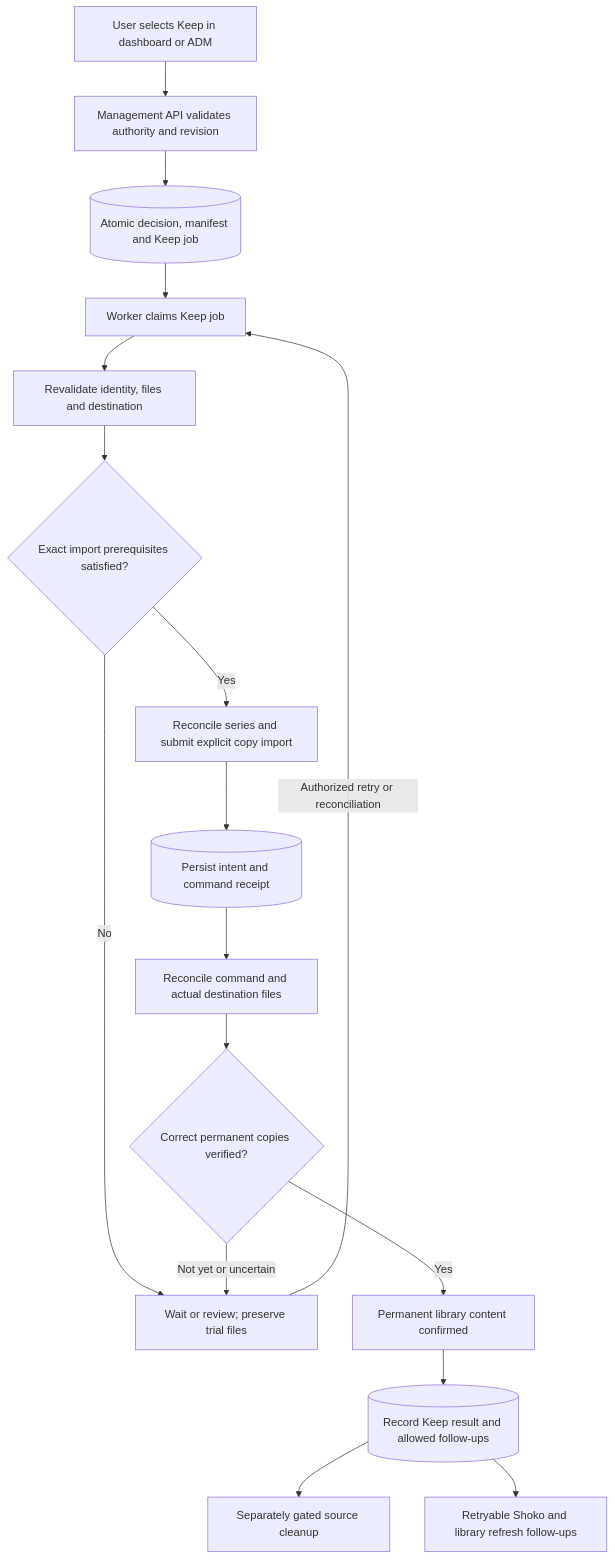
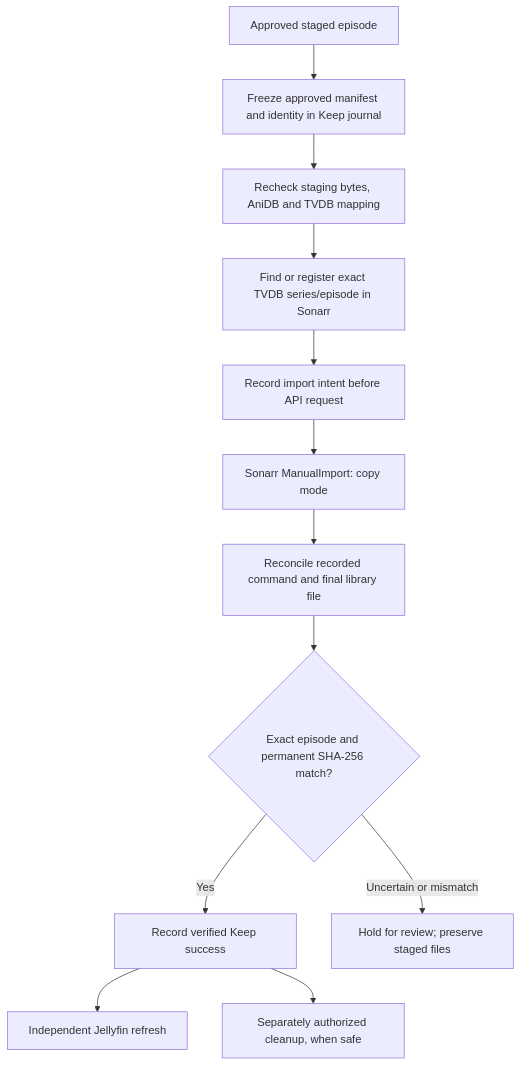
The diagram in src/nextgen/architecture/KEEP_TO_LIBRARY.md (bugz8unny69/anime-discovery), drawn with Mermaid before and after one commit. The commit also changed other lines of this file and 12 other files, not shown here.

````diff
--- a/src/nextgen/architecture/KEEP_TO_LIBRARY.md
+++ b/src/nextgen/architecture/KEEP_TO_LIBRARY.md
@@ -16,19 +9,14 @@
 ```mermaid
 flowchart TD
-    Click["User selects Keep in dashboard or ADM"] --> API["Management API validates authority and revision"]
-    API --> Decision[("Atomic decision, manifest and Keep job")]
-    Decision --> Worker["Worker claims Keep job"]
-    Worker --> Plan["Revalidate identity, files and destination"]
-    Plan --> Gate{"Exact import prerequisites satisfied?"}
-    Gate -->|"No"| Review["Wait or review; preserve trial files"]
-    Gate -->|"Yes"| Sonarr["Reconcile series and submit explicit copy import"]
-    Sonarr --> Receipt[("Persist intent and command receipt")]
-    Receipt --> Verify["Reconcile command and actual destination files"]
-    Verify --> Proven{"Correct permanent copies verified?"}
-    Proven -->|"Not yet or uncertain"| Review
-    Proven -->|"Yes"| Library["Permanent library content confirmed"]
-    Library --> Finalize[("Record Keep result and allowed follow-ups")]
-    Finalize --> Cleanup["Separately gated source cleanup"]
-    Finalize --> Integrations["Retryable Shoko and library refresh follow-ups"]
-    Review -->|"Authorized retry or reconciliation"| Worker
+  A["Approved staged episode"] --> B["Freeze approved manifest and identity in Keep journal"]
+  B --> C["Recheck staging bytes, AniDB and TVDB mapping"]
+  C --> D["Find or register exact TVDB series/episode in Sonarr"]
+  D --> E["Record import intent before API request"]
+  E --> F["Sonarr ManualImport: copy mode"]
+  F --> G["Reconcile recorded command and final library file"]
+  G --> H{"Exact episode and permanent SHA-256 match?"}
+  H -->|Yes| I["Record verified Keep success"]
+  H -->|Uncertain or mismatch| J["Hold for review; preserve staged files"]
+  I --> K["Independent Jellyfin refresh"]
+  I --> L["Separately authorized cleanup, when safe"]
 ```
````
